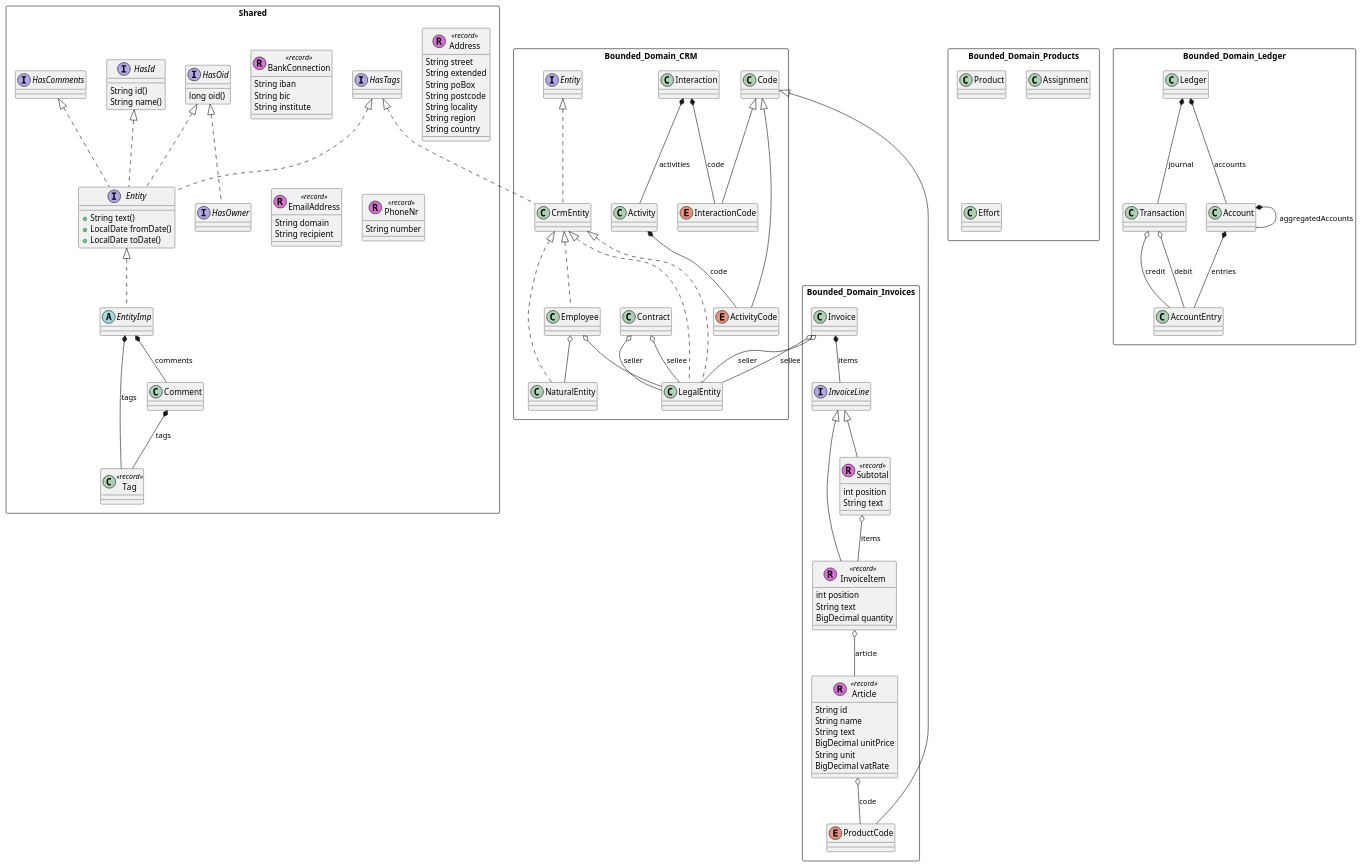
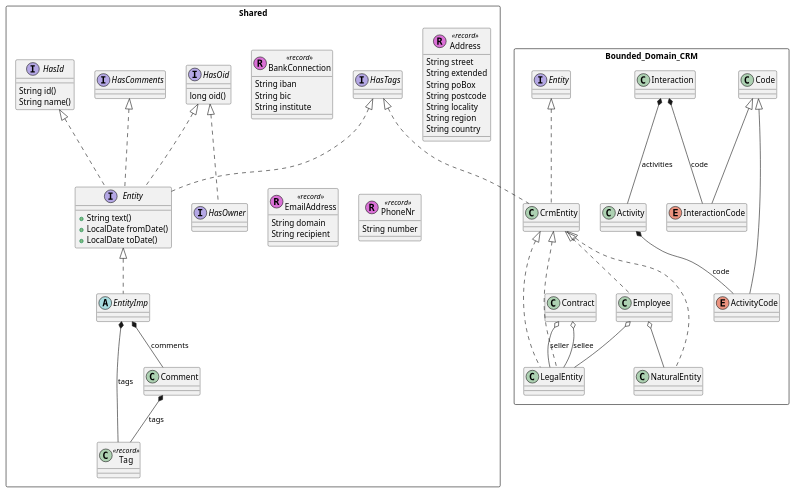
One commit to tangly-team/tangly-os changed the third of 3 diagrams in net.tangly.core/src/site/models.adoc. Above: the diagram before and after it, drawn with PlantUML. The commit also changed other lines of this file and 53 other files, not shown here.

```diff
--- a/net.tangly.core/src/site/models.adoc
+++ b/net.tangly.core/src/site/models.adoc
@@ -251,78 +267,5 @@
 
 }
 
-package Bounded_Domain_Invoices <<Rectangle>> {
-    interface InvoiceLine {
-    }
-
-    class InvoiceItem <<(R,orchid) record>> {
-        int position
-        String text
-        BigDecimal quantity
-    }
-    InvoiceLine <|-- InvoiceItem
-    InvoiceItem o-- Article : article
-
-
-    class Subtotal <<(R,orchid) record>> {
-        int position
-        String text
-    }
-    InvoiceLine <|-- Subtotal
-    Subtotal o-- InvoiceItem : items
-
-    class Invoice {
-    }
-    Invoice o-- LegalEntity : seller
-    Invoice o-- LegalEntity : sellee
-    Invoice *-- InvoiceLine : items
-
-    enum ProductCode {
-    }
-    Code <|-- ProductCode
-
-    class Article <<(R, orchid) record>> {
-        String id
-        String name
-        String text
-        BigDecimal unitPrice
-        String unit
-        BigDecimal vatRate
-    }
-    Article o-- ProductCode : code
-}
-
-package Bounded_Domain_Products <<Rectangle>> {
-
-    class Product {
-    }
-
-    class Assignment {
-    }
-
-    class Effort {
-    }
-}
-
-package Bounded_Domain_Ledger <<Rectangle>> {
-    class AccountEntry {
-    }
-
-    class Account {
-    }
-    Account *-- AccountEntry : entries
-    Account *-- Account : aggregatedAccounts
-
-    class Transaction {
-    }
-    Transaction o-- AccountEntry : debit
-    Transaction o-- AccountEntry : credit
-
-    class Ledger {
-    }
-    Ledger *-- Account : accounts
-    Ledger *-- Transaction : journal
-}
-
 @enduml
 ....
```
